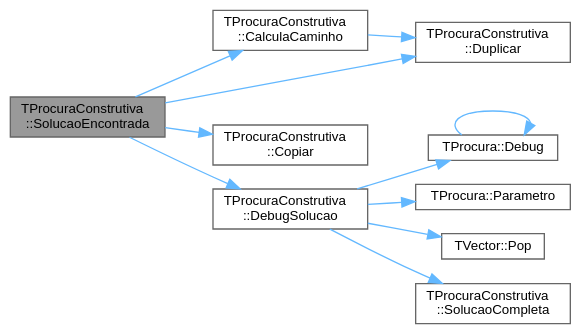
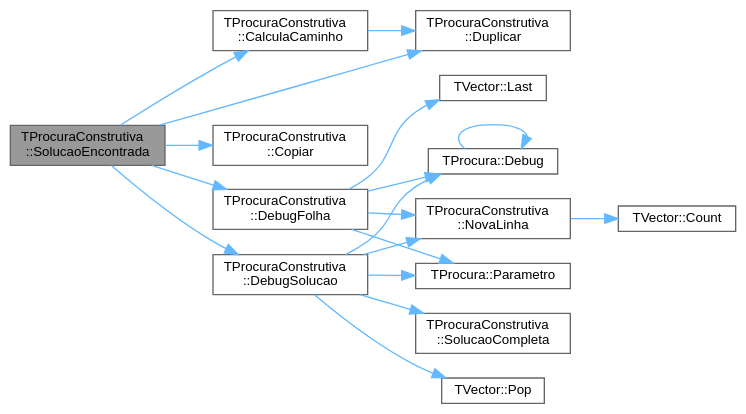
Before and after one commit to jcoelho72/TProcura: the diagram in classTProcuraConstrutiva_a2f648df694a20e7fcb688c9979f763fd_cgraph.dot, drawn with Graphviz. The commit also changed 331 other files, not shown here.

```diff
--- a/classTProcuraConstrutiva_a2f648df694a20e7fcb688c9979f763fd_cgraph.dot
+++ b/classTProcuraConstrutiva_a2f648df694a20e7fcb688c9979f763fd_cgraph.dot
@@ -1,27 +1,38 @@
 digraph "TProcuraConstrutiva::SolucaoEncontrada"
 {
  // LATEX_PDF_SIZE
   bgcolor="transparent";
   edge [fontname=Helvetica,fontsize=10,labelfontname=Helvetica,labelfontsize=10];
   node [fontname=Helvetica,fontsize=10,shape=box,height=0.2,width=0.4];
   rankdir="LR";
   Node1 [id="Node000001",label="TProcuraConstrutiva\l::SolucaoEncontrada",height=0.2,width=0.4,color="gray40", fillcolor="grey60", style="filled", fontcolor="black",tooltip=" "];
   Node1 -> Node2 [id="edge1_Node000001_Node000002",color="steelblue1",style="solid",tooltip=" "];
   Node2 [id="Node000002",label="TProcuraConstrutiva\l::CalculaCaminho",height=0.2,width=0.4,color="grey40", fillcolor="white", style="filled",URL="$classTProcuraConstrutiva.html#ab3d3ef92421595428a27deef2c3bb668",tooltip=" "];
   Node2 -> Node3 [id="edge2_Node000002_Node000003",color="steelblue1",style="solid",tooltip=" "];
   Node3 [id="Node000003",label="TProcuraConstrutiva\l::Duplicar",height=0.2,width=0.4,color="grey40", fillcolor="white", style="filled",URL="$group__RedefinicaoMandatoria.html#gaf7c2483f38d11825c220b7a8d538a623",tooltip="Cria um objecto que é uma cópia deste."];
   Node1 -> Node4 [id="edge3_Node000001_Node000004",color="steelblue1",style="solid",tooltip=" "];
   Node4 [id="Node000004",label="TProcuraConstrutiva\l::Copiar",height=0.2,width=0.4,color="grey40", fillcolor="white", style="filled",URL="$group__RedefinicaoMandatoria.html#ga92eb7af76e68a20fe542afb459e7d642",tooltip="Fica com uma cópia do objecto."];
   Node1 -> Node5 [id="edge4_Node000001_Node000005",color="steelblue1",style="solid",tooltip=" "];
-  Node5 [id="Node000005",label="TProcuraConstrutiva\l::DebugSolucao",height=0.2,width=0.4,color="grey40", fillcolor="white", style="filled",URL="$classTProcuraConstrutiva.html#a3cb063790a46d8fac87044c7c68c53b3",tooltip=" "];
+  Node5 [id="Node000005",label="TProcuraConstrutiva\l::DebugFolha",height=0.2,width=0.4,color="grey40", fillcolor="white", style="filled",URL="$classTProcuraConstrutiva.html#a2916a3eba76527ca857dfddd67429dfd",tooltip=" "];
   Node5 -> Node6 [id="edge5_Node000005_Node000006",color="steelblue1",style="solid",tooltip=" "];
   Node6 [id="Node000006",label="TProcura::Debug",height=0.2,width=0.4,color="grey40", fillcolor="white", style="filled",URL="$classTProcura.html#a0c5676c1b54ab6bdc1045b98aeafe456",tooltip="Mostra o estado no ecrã, para debug."];
   Node6 -> Node6 [id="edge6_Node000006_Node000006",color="steelblue1",style="solid",tooltip=" "];
   Node5 -> Node7 [id="edge7_Node000005_Node000007",color="steelblue1",style="solid",tooltip=" "];
-  Node7 [id="Node000007",label="TProcura::Parametro",height=0.2,width=0.4,color="grey40", fillcolor="white", style="filled",URL="$classTProcura.html#a0e9e692f29af8a5d5279a8647c800437",tooltip=" "];
+  Node7 [id="Node000007",label="TVector::Last",height=0.2,width=0.4,color="grey40", fillcolor="white", style="filled",URL="$classTVector.html#aa304d639c79ef2842f9951846c6292e3",tooltip=" "];
   Node5 -> Node8 [id="edge8_Node000005_Node000008",color="steelblue1",style="solid",tooltip=" "];
-  Node8 [id="Node000008",label="TVector::Pop",height=0.2,width=0.4,color="grey40", fillcolor="white", style="filled",URL="$classTVector.html#a3249913626d54e46b07e168ce1f05d87",tooltip=" "];
-  Node5 -> Node9 [id="edge9_Node000005_Node000009",color="steelblue1",style="solid",tooltip=" "];
-  Node9 [id="Node000009",label="TProcuraConstrutiva\l::SolucaoCompleta",height=0.2,width=0.4,color="grey40", fillcolor="white", style="filled",URL="$group__RedefinicaoMandatoria.html#ga1f3e2b667881c3e910ba372467645304",tooltip="Verifica se o estado actual é objectivo (é uma solução completa)"];
-  Node1 -> Node3 [id="edge10_Node000001_Node000003",color="steelblue1",style="solid",tooltip=" "];
+  Node8 [id="Node000008",label="TProcuraConstrutiva\l::NovaLinha",height=0.2,width=0.4,color="grey40", fillcolor="white", style="filled",URL="$classTProcuraConstrutiva.html#a7426b2abb333f77ef5d00ae46d5f2d32",tooltip=" "];
+  Node8 -> Node9 [id="edge9_Node000008_Node000009",color="steelblue1",style="solid",tooltip=" "];
+  Node9 [id="Node000009",label="TVector::Count",height=0.2,width=0.4,color="grey40", fillcolor="white", style="filled",URL="$classTVector.html#ac3c744d84543ca6e32859eb7dfccfeef",tooltip=" "];
+  Node5 -> Node10 [id="edge10_Node000005_Node000010",color="steelblue1",style="solid",tooltip=" "];
+  Node10 [id="Node000010",label="TProcura::Parametro",height=0.2,width=0.4,color="grey40", fillcolor="white", style="filled",URL="$classTProcura.html#a0e9e692f29af8a5d5279a8647c800437",tooltip=" "];
+  Node1 -> Node11 [id="edge11_Node000001_Node000011",color="steelblue1",style="solid",tooltip=" "];
+  Node11 [id="Node000011",label="TProcuraConstrutiva\l::DebugSolucao",height=0.2,width=0.4,color="grey40", fillcolor="white", style="filled",URL="$classTProcuraConstrutiva.html#a3cb063790a46d8fac87044c7c68c53b3",tooltip=" "];
+  Node11 -> Node6 [id="edge12_Node000011_Node000006",color="steelblue1",style="solid",tooltip=" "];
+  Node11 -> Node8 [id="edge13_Node000011_Node000008",color="steelblue1",style="solid",tooltip=" "];
+  Node11 -> Node10 [id="edge14_Node000011_Node000010",color="steelblue1",style="solid",tooltip=" "];
+  Node11 -> Node12 [id="edge15_Node000011_Node000012",color="steelblue1",style="solid",tooltip=" "];
+  Node12 [id="Node000012",label="TVector::Pop",height=0.2,width=0.4,color="grey40", fillcolor="white", style="filled",URL="$classTVector.html#a3249913626d54e46b07e168ce1f05d87",tooltip=" "];
+  Node11 -> Node13 [id="edge16_Node000011_Node000013",color="steelblue1",style="solid",tooltip=" "];
+  Node13 [id="Node000013",label="TProcuraConstrutiva\l::SolucaoCompleta",height=0.2,width=0.4,color="grey40", fillcolor="white", style="filled",URL="$group__RedefinicaoMandatoria.html#ga1f3e2b667881c3e910ba372467645304",tooltip="Verifica se o estado actual é objectivo (é uma solução completa)"];
+  Node1 -> Node3 [id="edge17_Node000001_Node000003",color="steelblue1",style="solid",tooltip=" "];
 }
```
